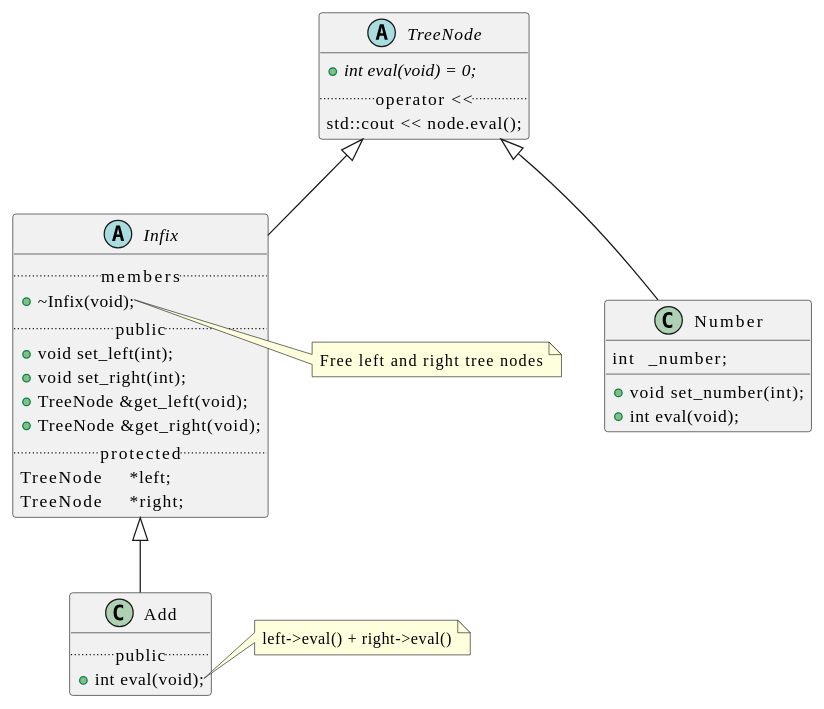
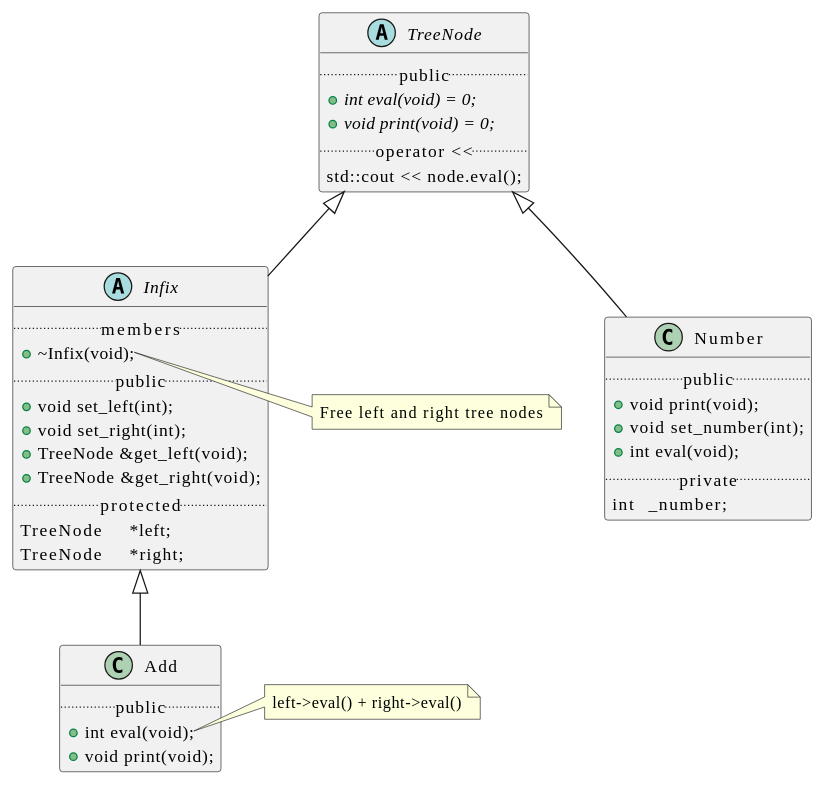
Diagram 12 of 12 in assets/README.adoc (t-h2o/parsmath), drawn with PlantUML before and after one commit. The commit also changed 5 other files, not shown here.

```diff
--- a/assets/README.adoc
+++ b/assets/README.adoc
@@ -168,46 +168,52 @@
 [plantuml, target=program_class, format=svg, width=100%]
 ....
 @startuml
 skinparam defaultFontName JetBrains Mono
 
 abstract TreeNode {
+  .. public ..
   +{abstract} int eval(void) = 0;
+  +{abstract} void print(void) = 0;
   .. operator << ..
   std::cout << node.eval();
 }
 abstract Infix {
   .. members ..
   +~Infix(void);
   .. public ..
   +void set_left(int);
   +void set_right(int);
   +TreeNode &get_left(void);
   +TreeNode &get_right(void);
   .. protected ..
   TreeNode	*left;
   TreeNode	*right;
 }
 note right of Infix::~Infix
   Free left and right tree nodes
 end note
 
 class Add {
   .. public ..
   +int eval(void);
+  +void print(void);
 }
 note right of Add::eval
   left->eval() + right->eval()
 end note
 
 class Number {
-  int	_number;
+  .. public ..
+  +void print(void);
   +void set_number(int);
   +int eval(void);
+  .. private ..
+  int	_number;
 }
 
 TreeNode <|-- Infix
 TreeNode <|-- Number
 Infix <|-- Add
 
 @enduml
 ....
```
